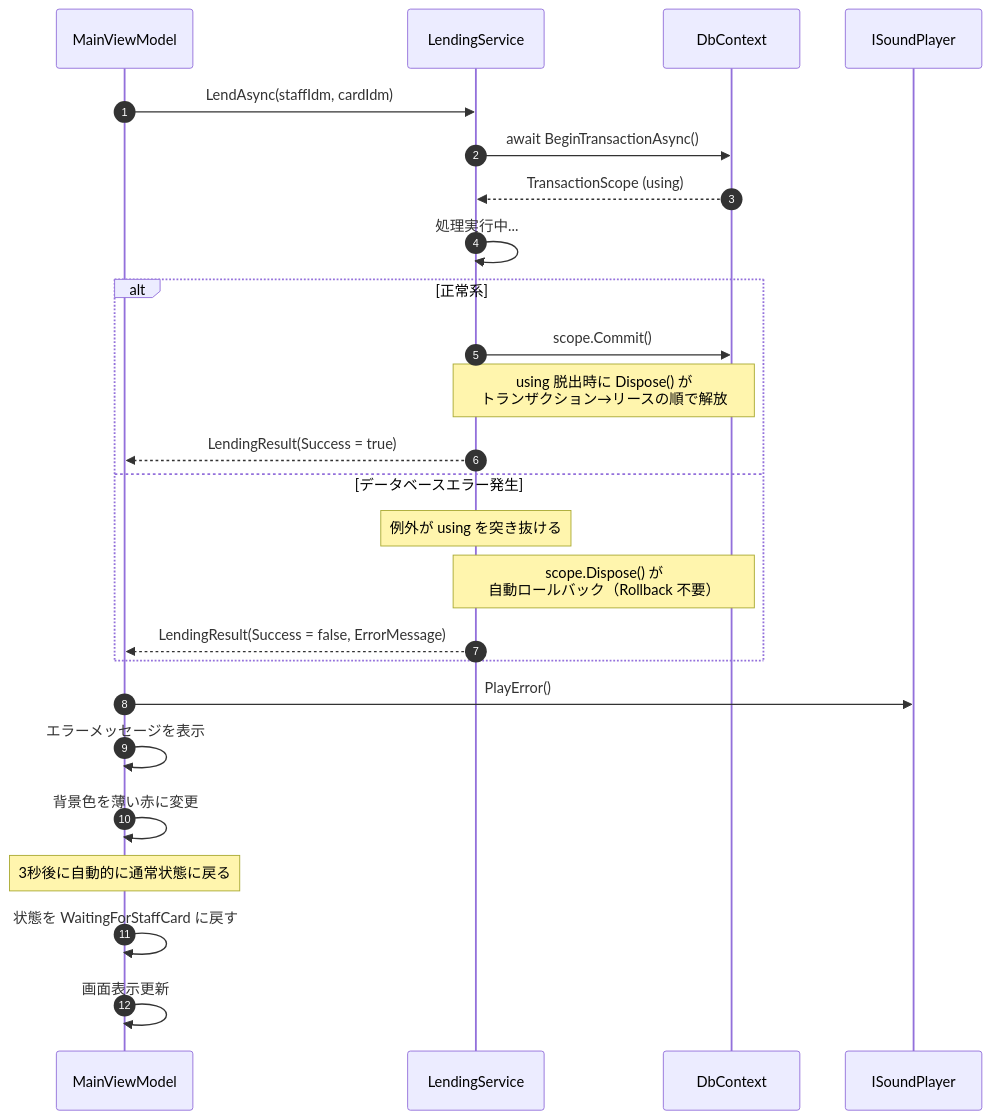
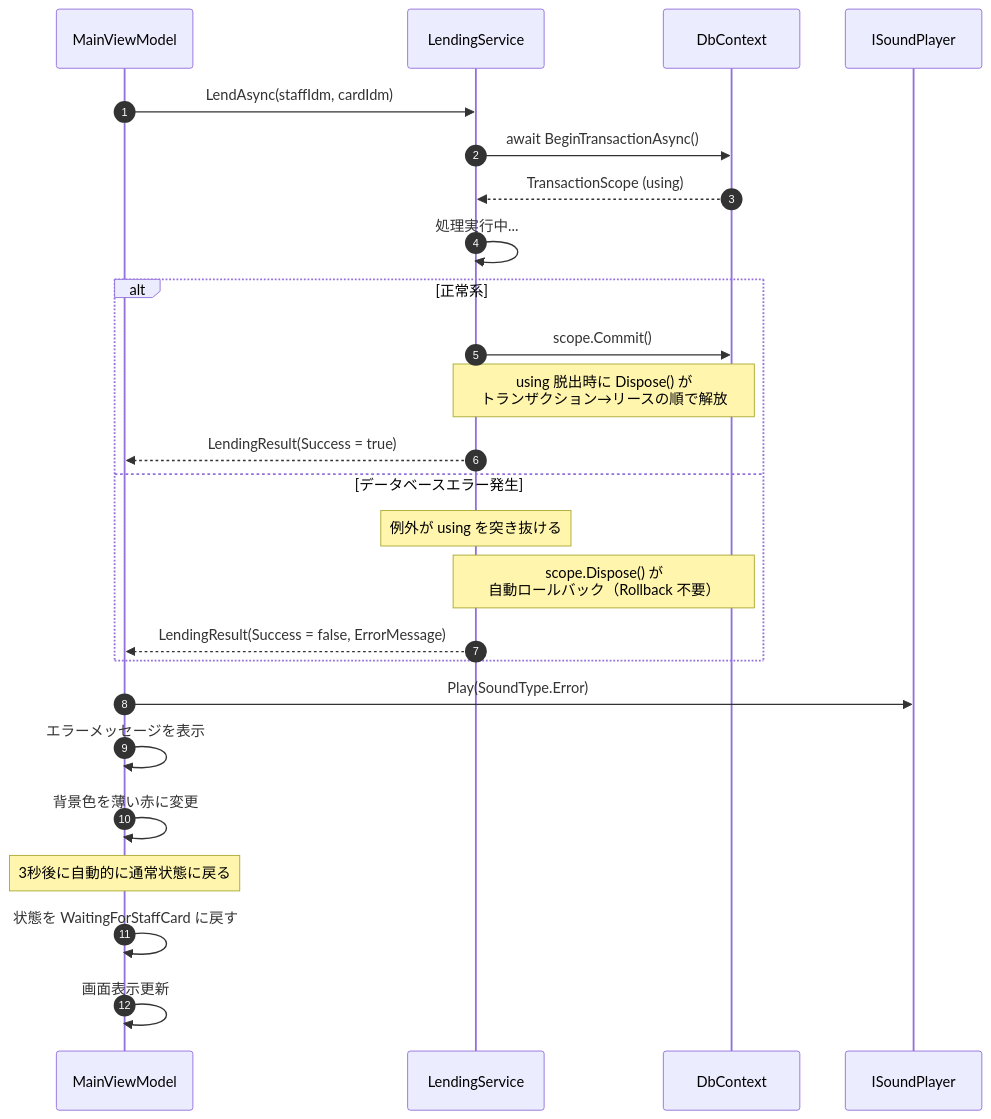
One commit to kuwayamamasayuki/ICCardManager changed the eighth of 14 diagrams in ICCardManager/docs/design/06_シーケンス図.md. Above: the diagram before and after it, drawn with Mermaid. The commit also changed other lines of this file, not shown here.

First line of the commit message:
docs: 06_シーケンス図を実装へ整合（サウンドAPI・バックアップ手段・用語）（ドリフト監査 D1/D9） (#1644)

````diff
--- a/ICCardManager/docs/design/06_シーケンス図.md
+++ b/ICCardManager/docs/design/06_シーケンス図.md
@@ -448,34 +448,34 @@
 ```mermaid
 sequenceDiagram
     autonumber
     participant VM as MainViewModel
     participant LS as LendingService
     participant DB as DbContext
     participant Sound as ISoundPlayer
 
     VM->>LS: LendAsync(staffIdm, cardIdm)
 
     LS->>DB: await BeginTransactionAsync()
     DB-->>LS: TransactionScope (using)
 
     LS->>LS: 処理実行中...
 
     alt 正常系
         LS->>DB: scope.Commit()
         Note over LS,DB: using 脱出時に Dispose() が<br/>トランザクション→リースの順で解放
         LS-->>VM: LendingResult(Success = true)
     else データベースエラー発生
         Note over LS: 例外が using を突き抜ける
         Note over LS,DB: scope.Dispose() が<br/>自動ロールバック（Rollback 不要）
         LS-->>VM: LendingResult(Success = false, ErrorMessage)
     end
 
-    VM->>Sound: PlayError()
+    VM->>Sound: Play(SoundType.Error)
     VM->>VM: エラーメッセージを表示
     VM->>VM: 背景色を薄い赤に変更
 
     Note over VM: 3秒後に自動的に通常状態に戻る
 
     VM->>VM: 状態を WaitingForStaffCard に戻す
     VM->>VM: 画面表示更新
 ```
````
